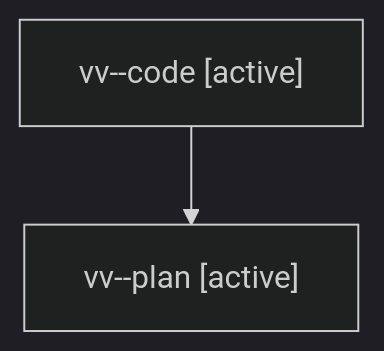
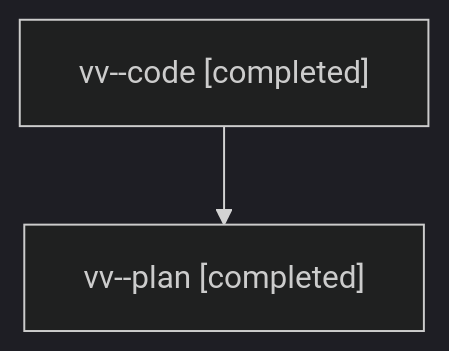
The diagram in families/bbugyi200.athena.vv.md (bobs-org/bob-cli--agents), drawn with Mermaid (dark theme) before and after one commit. The commit also changed other lines of this file and 64 other files, not shown here.

````diff
--- a/families/bbugyi200.athena.vv.md
+++ b/families/bbugyi200.athena.vv.md
@@ -9,6 +9,6 @@
 ```mermaid
 flowchart TD
-  n0["vv--code [active]"]
-  n1["vv--plan [active]"]
+  n0["vv--code [completed]"]
+  n1["vv--plan [completed]"]
   n0 --> n1
 ```
````
